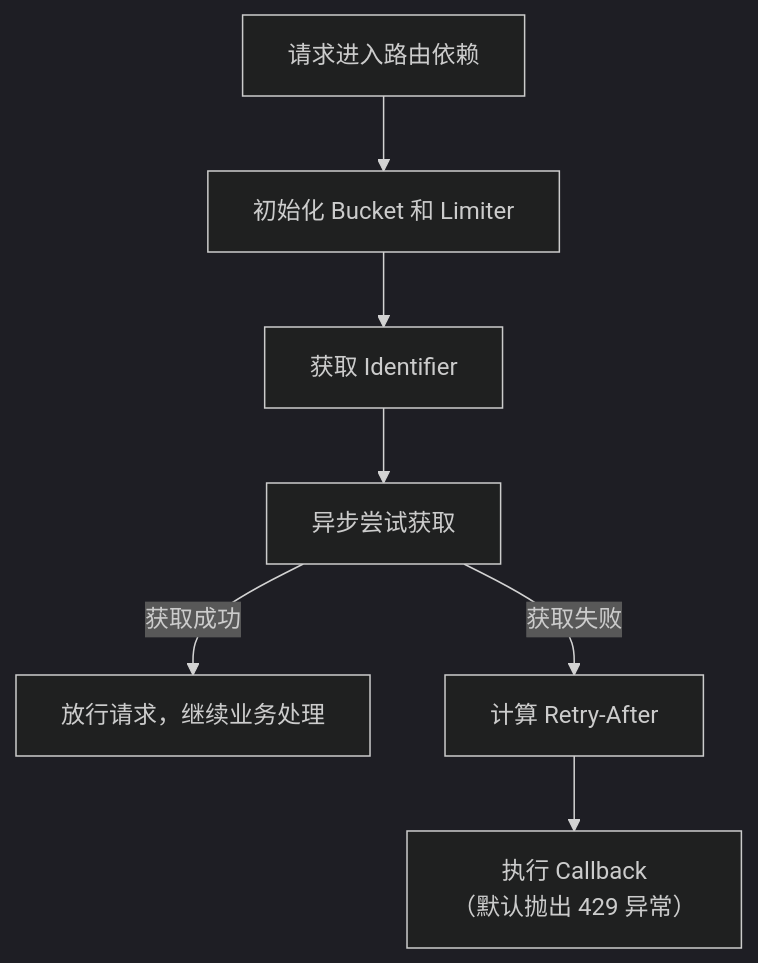
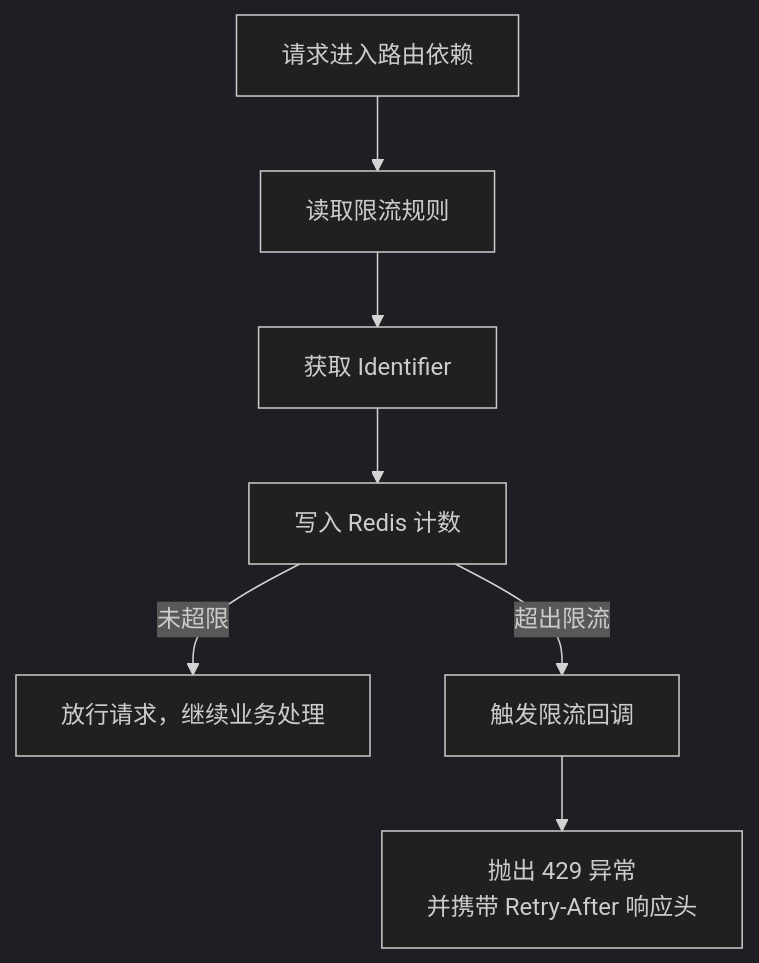
One commit to fastapi-practices/fastapi_best_architecture_docs changed the diagram in docs/backend/reference/limit.md. Above: the diagram before and after it, drawn with Mermaid (dark theme). The commit also changed other lines of this file and 55 other files, not shown here.

````diff
--- a/docs/backend/reference/limit.md
+++ b/docs/backend/reference/limit.md
@@ -12,9 +14,9 @@
 ```mermaid
 graph TD
-    A[请求进入路由依赖] --> B[初始化 Bucket 和 Limiter]
+    A[请求进入路由依赖] --> B[读取限流规则]
     B --> C[获取 Identifier]
-    C --> D[异步尝试获取]
-    D -->|获取成功| E[放行请求，继续业务处理]
-    D -->|获取失败| F[计算 Retry-After]
-    F --> G[执行 Callback<br>（默认抛出 429 异常）]
+    C --> D[写入 Redis 计数]
+    D -->|未超限| E[放行请求，继续业务处理]
+    D -->|超出限流| F[触发限流回调]
+    F --> G[抛出 429 异常<br/>并携带 Retry-After 响应头]
 ```
````
